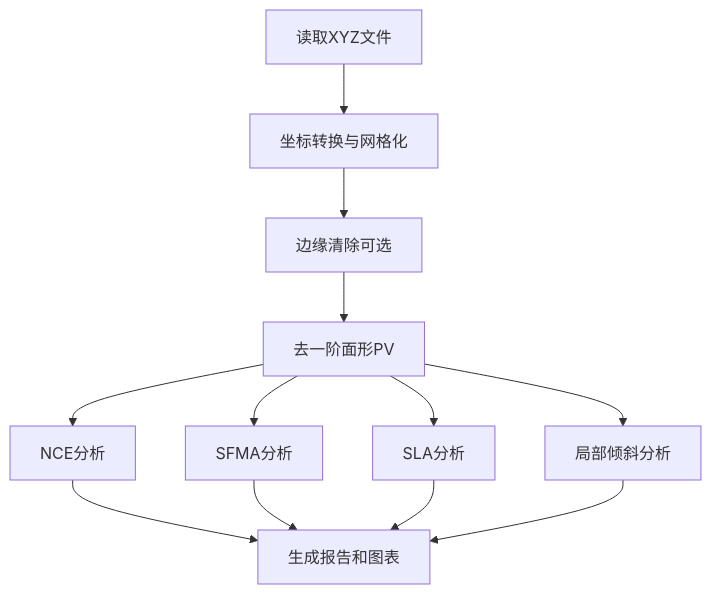
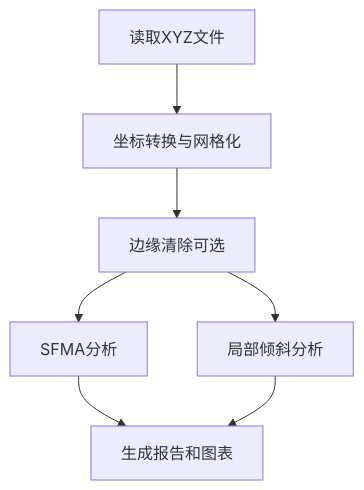
The diagram in README.md (li-kai-kai/surface-analysis), drawn with Mermaid before and after one commit. The commit also changed other lines of this file and 2 other files, not shown here.

````diff
--- a/README.md
+++ b/README.md
@@ -238,14 +116,9 @@
 ```mermaid
 graph TD
     A[读取XYZ文件] --> B[坐标转换与网格化]
     B --> C[边缘清除可选]
-    C --> D[去一阶面形PV]
-    D --> E[NCE分析]
-    D --> F[SFMA分析]
-    D --> G[SLA分析]
-    D --> H[局部倾斜分析]
-    E --> I[生成报告和图表]
-    F --> I
-    G --> I
-    H --> I
+    C --> D[SFMA分析]
+    C --> E[局部倾斜分析]
+    D --> F[生成报告和图表]
+    E --> F
 ```
````
